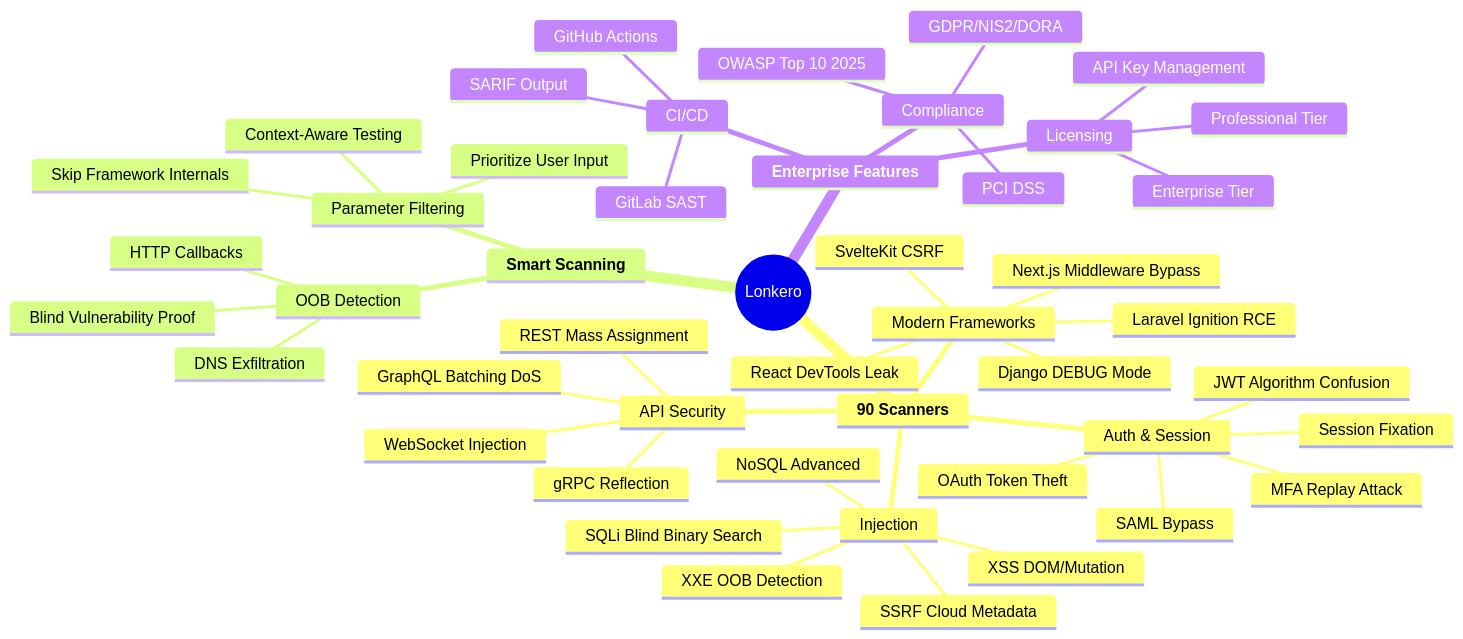
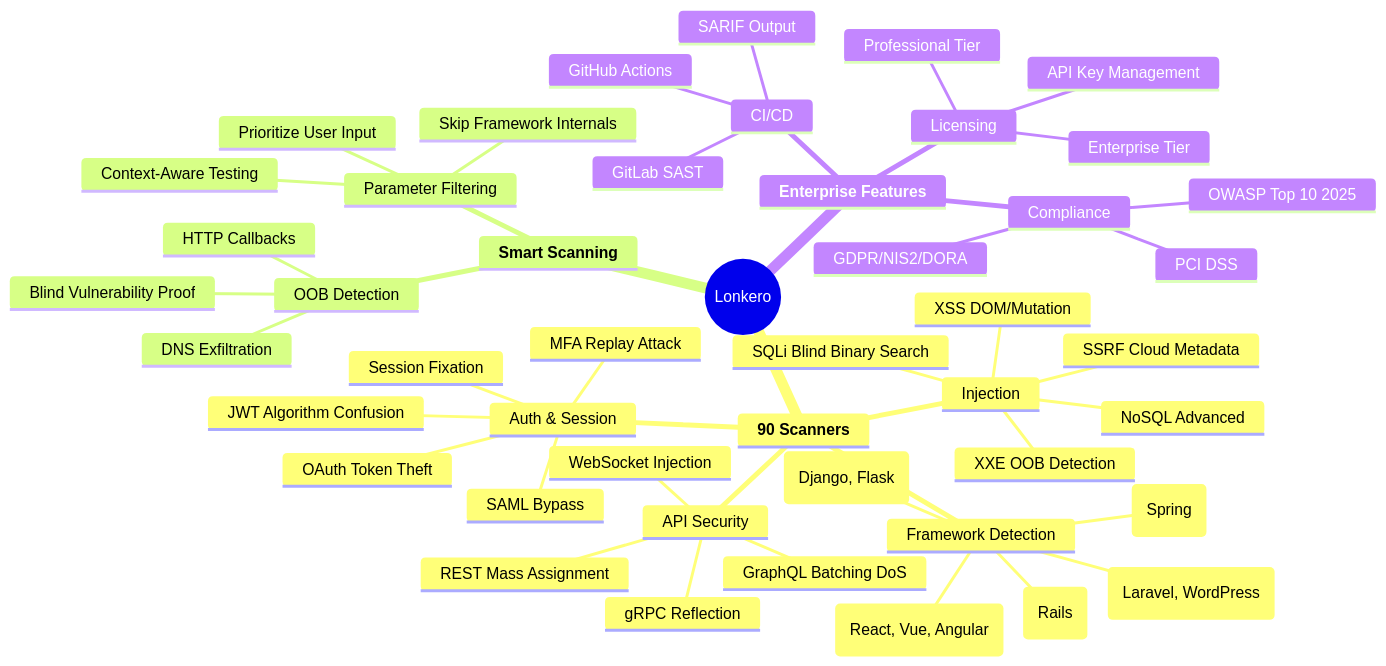
The first of 5 diagrams in README.md (bountyyfi/lonkero), drawn with Mermaid before and after one commit. The commit also changed other lines of this file, not shown here.

````diff
--- a/README.md
+++ b/README.md
@@ -41,50 +39,50 @@
 ```mermaid
 mindmap
   root((Lonkero))
     **90 Scanners**
       Injection
         SQLi Blind Binary Search
         XSS DOM/Mutation
         XXE OOB Detection
         SSRF Cloud Metadata
         NoSQL Advanced
       Auth & Session
         JWT Algorithm Confusion
         OAuth Token Theft
         SAML Bypass
         MFA Replay Attack
         Session Fixation
       API Security
         GraphQL Batching DoS
         gRPC Reflection
         REST Mass Assignment
         WebSocket Injection
-      Modern Frameworks
-        Next.js Middleware Bypass
-        React DevTools Leak
-        SvelteKit CSRF
-        Django DEBUG Mode
-        Laravel Ignition RCE
+      Framework Detection
+        JavaScript (React, Vue, Angular)
+        PHP (Laravel, WordPress)
+        Python (Django, Flask)
+        Ruby (Rails)
+        Java (Spring)
     **Smart Scanning**
       Parameter Filtering
         Skip Framework Internals
         Prioritize User Input
         Context-Aware Testing
       OOB Detection
         DNS Exfiltration
         HTTP Callbacks
         Blind Vulnerability Proof
     **Enterprise Features**
       Compliance
         OWASP Top 10 2025
         PCI DSS
         GDPR/NIS2/DORA
       CI/CD
         GitHub Actions
         GitLab SAST
         SARIF Output
       Licensing
         Professional Tier
         Enterprise Tier
         API Key Management
 ```
````
